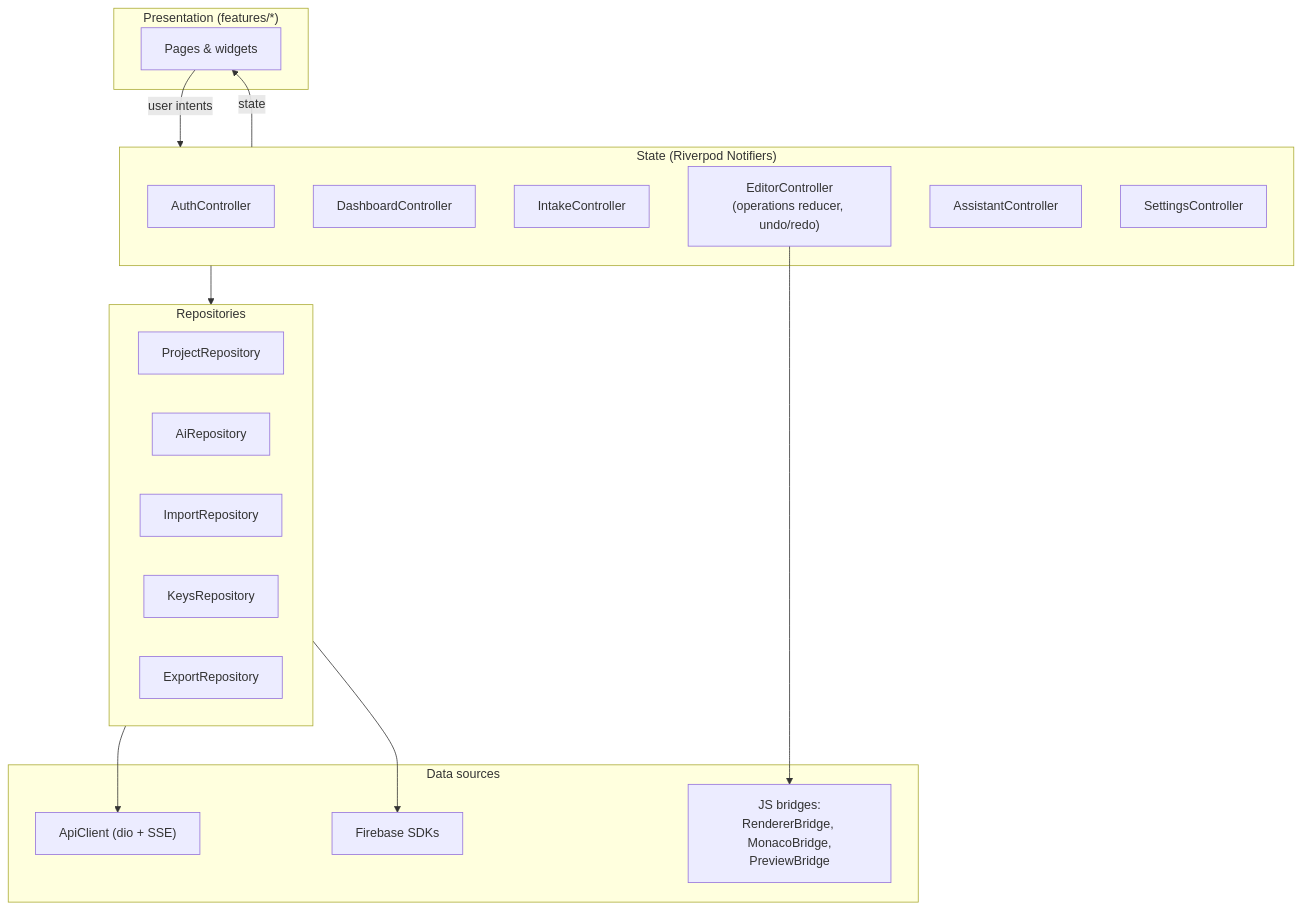
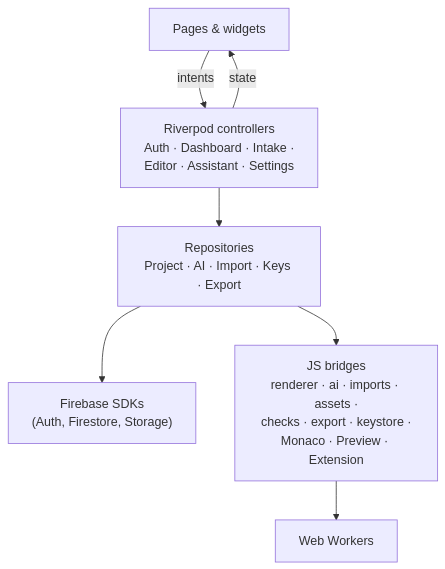
Before and after one commit to iamsanuponnulli-hue/PORTFOLIO-BUILDER: the second of 17 diagrams in docs/ARCHITECTURE.md, drawn with Mermaid. The commit also changed other lines of this file and 1 other file, not shown here.

First line of the commit message:
Plan: thin server, browser-heavy processing, extension, device-only keys, OpenRouter sign-in

````diff
--- a/docs/ARCHITECTURE.md
+++ b/docs/ARCHITECTURE.md
@@ -85,31 +112,9 @@
 ```mermaid
 flowchart TB
-  subgraph P["Presentation (features/*)"]
-    PG["Pages & widgets"]
-  end
-  subgraph S["State (Riverpod Notifiers)"]
-    AC["AuthController"]
-    DC["DashboardController"]
-    IC["IntakeController"]
-    EC["EditorController<br/>(operations reducer, undo/redo)"]
-    ASC["AssistantController"]
-    SC["SettingsController"]
-  end
-  subgraph R["Repositories"]
-    PR["ProjectRepository"]
-    AR["AiRepository"]
-    IR["ImportRepository"]
-    KR["KeysRepository"]
-    XR["ExportRepository"]
-  end
-  subgraph D["Data sources"]
-    API["ApiClient (dio + SSE)"]
-    FB["Firebase SDKs"]
-    JS["JS bridges:<br/>RendererBridge, MonacoBridge,<br/>PreviewBridge"]
-  end
-  PG -- user intents --> S
-  S -- state --> PG
-  S --> R
-  R --> API & FB
-  EC --> JS
+  PG["Pages & widgets"] -- intents --> CT["Riverpod controllers<br/>Auth · Dashboard · Intake ·<br/>Editor · Assistant · Settings"]
+  CT -- state --> PG
+  CT --> RP["Repositories<br/>Project · AI · Import · Keys · Export"]
+  RP --> FBS["Firebase SDKs<br/>(Auth, Firestore, Storage)"]
+  RP --> BR["JS bridges<br/>renderer · ai · imports · assets ·<br/>checks · export · keystore ·<br/>Monaco · Preview · Extension"]
+  BR --> WK["Web Workers"]
 ```
````
